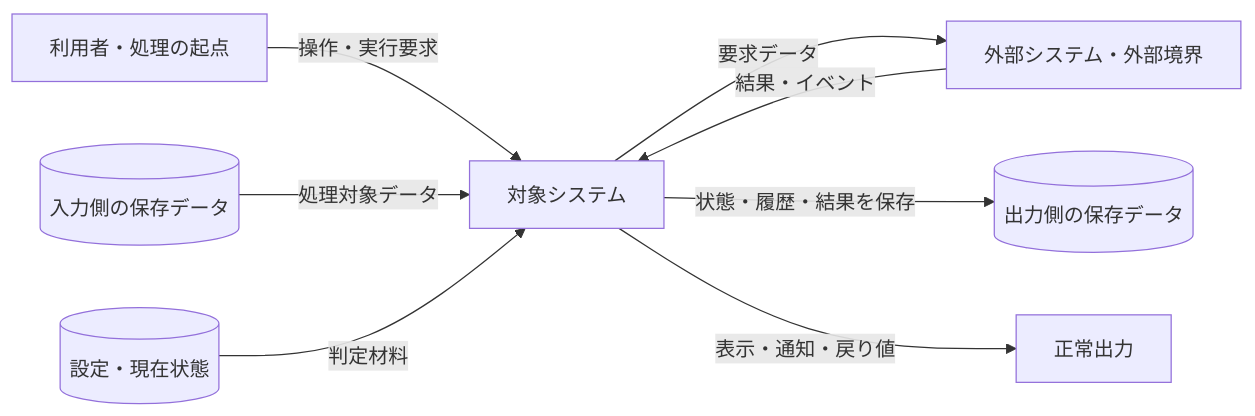
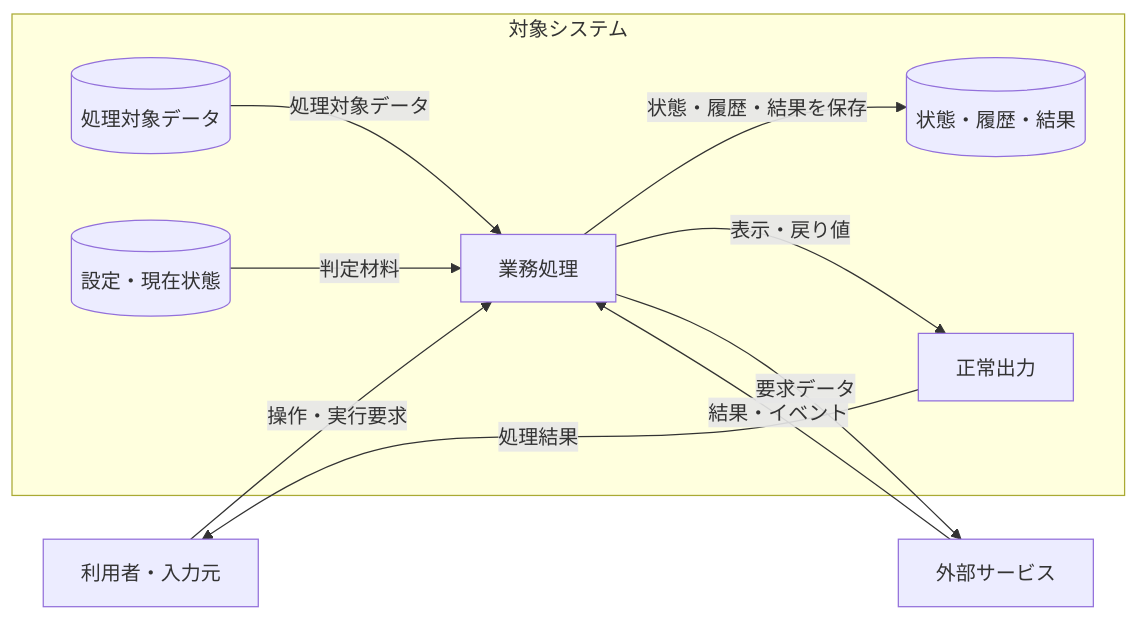
The first of 3 diagrams in kindle/design-patterns/templates/chapter-template.md (kumachan1101-pixel/DesignPattern), drawn with Mermaid before and after one commit. The commit also changed other lines of this file and 13 other files, not shown here.

````diff
--- a/kindle/design-patterns/templates/chapter-template.md
+++ b/kindle/design-patterns/templates/chapter-template.md
@@ -213,10 +213,20 @@
 ```mermaid
 flowchart LR
-    U["利用者・処理の起点"] -->|"操作・実行要求"| S["対象システム"]
-    D1[("入力側の保存データ")] -->|"処理対象データ"| S
-    C[("設定・現在状態")] -->|"判定材料"| S
-    S -->|"要求データ"| E["外部システム・外部境界"]
+    U["利用者・入力元"] -->|"操作・実行要求"| S
+
+    subgraph TARGET["対象システム"]
+        S["業務処理"]
+        D1[("処理対象データ")]
+        C[("設定・現在状態")]
+        D2[("状態・履歴・結果")]
+        O["正常出力"]
+        D1 -->|"処理対象データ"| S
+        C -->|"判定材料"| S
+        S -->|"状態・履歴・結果を保存"| D2
+        S -->|"表示・戻り値"| O
+    end
+
+    S -->|"要求データ"| E["外部サービス"]
     E -->|"結果・イベント"| S
-    S -->|"状態・履歴・結果を保存"| D2[("出力側の保存データ")]
-    S -->|"表示・通知・戻り値"| O["正常出力"]
+    O -->|"処理結果"| U
 ```
````
